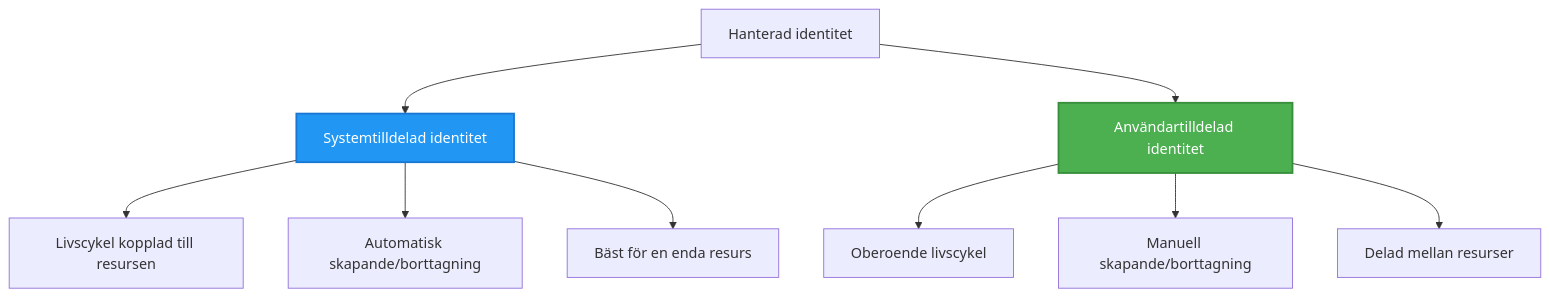
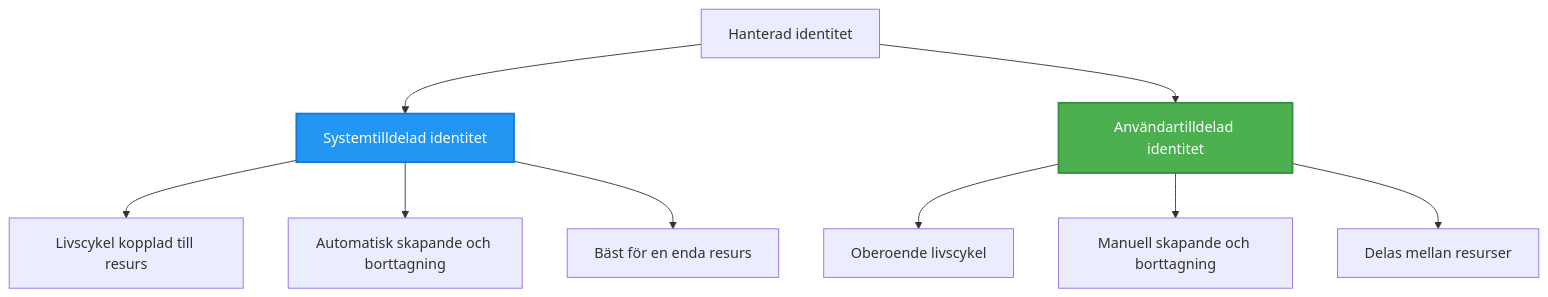
The second of 2 diagrams in translations/sv/docs/chapter-03-configuration/authsecurity.md (microsoft/AZD-for-beginners), drawn with Mermaid before and after one commit. The commit also changed other lines of this file and 104 other files, not shown here.

````diff
--- a/translations/sv/docs/chapter-03-configuration/authsecurity.md
+++ b/translations/sv/docs/chapter-03-configuration/authsecurity.md
@@ -97,20 +98,20 @@
 ```mermaid
 graph TB
     MI[Hanterad identitet]
     SystemAssigned[Systemtilldelad identitet]
     UserAssigned[Användartilldelad identitet]
     
     MI --> SystemAssigned
     MI --> UserAssigned
     
-    SystemAssigned --> SA1[Livscykel kopplad till resursen]
-    SystemAssigned --> SA2[Automatisk skapande/borttagning]
+    SystemAssigned --> SA1[Livscykel kopplad till resurs]
+    SystemAssigned --> SA2[Automatisk skapande och borttagning]
     SystemAssigned --> SA3[Bäst för en enda resurs]
     
     UserAssigned --> UA1[Oberoende livscykel]
-    UserAssigned --> UA2[Manuell skapande/borttagning]
-    UserAssigned --> UA3[Delad mellan resurser]
+    UserAssigned --> UA2[Manuell skapande och borttagning]
+    UserAssigned --> UA3[Delas mellan resurser]
     
     style SystemAssigned fill:#2196F3,stroke:#1976D2,stroke-width:2px,color:#fff
     style UserAssigned fill:#4CAF50,stroke:#388E3C,stroke-width:2px,color:#fff
 ```
````
